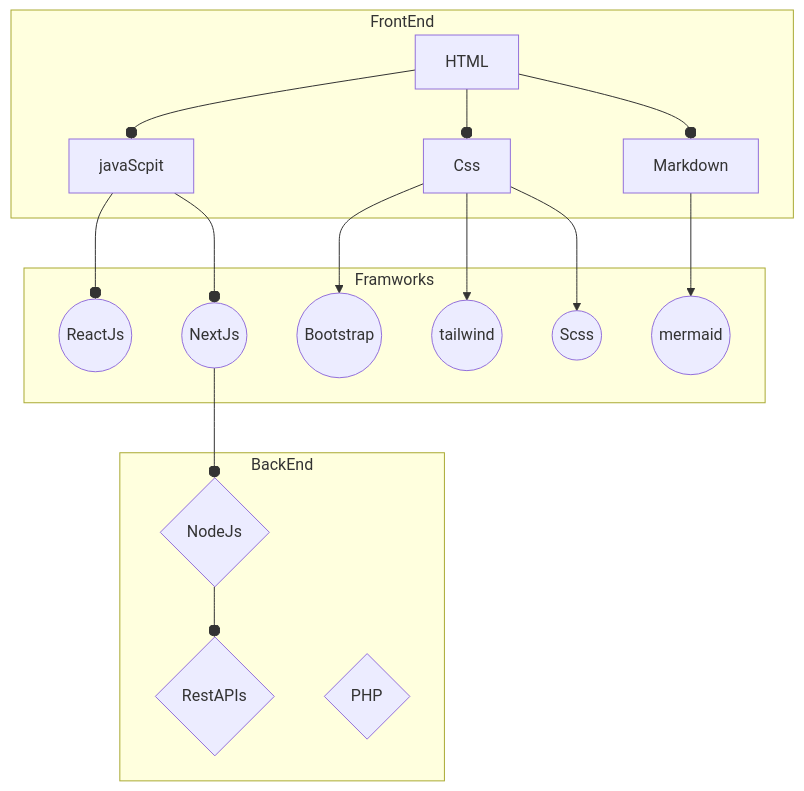
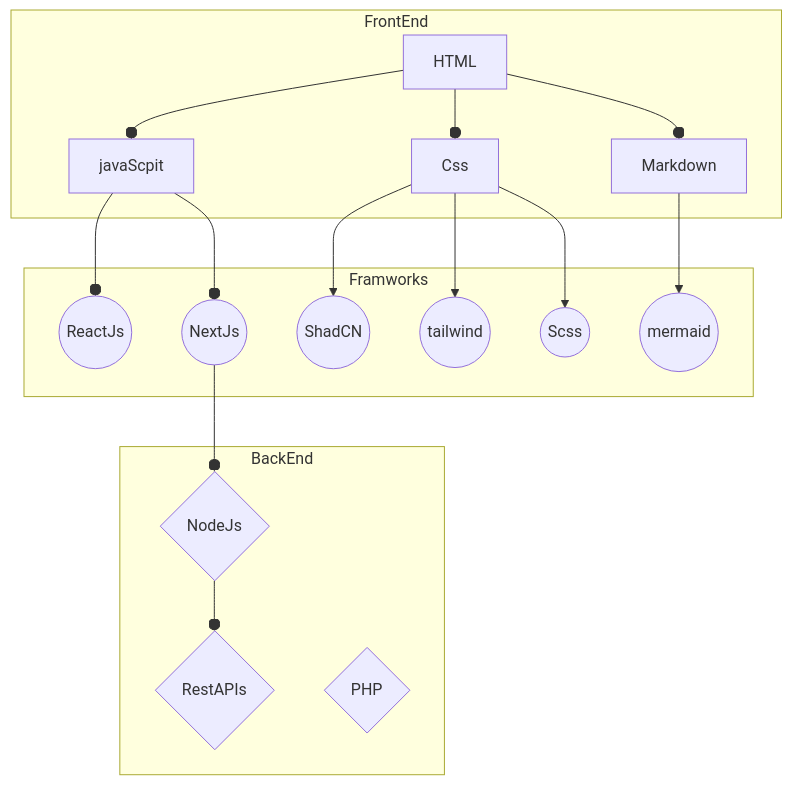
One commit to G35U599/G35U599 changed the diagram in README.md. Above: the diagram before and after it, drawn with Mermaid. The commit also changed other lines of this file, not shown here.

````diff
--- a/README.md
+++ b/README.md
@@ -48,46 +48,46 @@
 ```mermaid
 flowchart 
 f1[HTML]
 f2[Css]
 f3[javaScpit]
 f4[Markdown]
 fw1((ReactJs))
 fw2((NextJs))
-fw3((Bootstrap))
+fw3((ShadCN))
 fw4((tailwind))
 fw5((Scss))
 fw6((mermaid))
 b1{NodeJs}
 b2{RestAPIs}
 b3{PHP}
  subgraph  BackEnd
 b1
 b2
 b3
  end  
  subgraph Framworks 
 fw1
 fw2
 fw3
 fw4
 fw5
 fw6
  end
   subgraph  FrontEnd 
  f1
  f2
  f3
  f4
  end  
  f1 --o f2
  f1 --o f3
  f1 --o f4
  f2 --> fw3
  f2 --> fw4
  f2 --> fw5
  f3 --o fw1
  f3 --o fw2
  fw2 --o b1
  f4 --> fw6
  b1 --o b2
  ```
````
